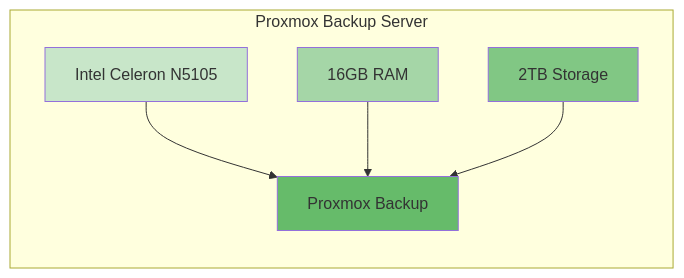
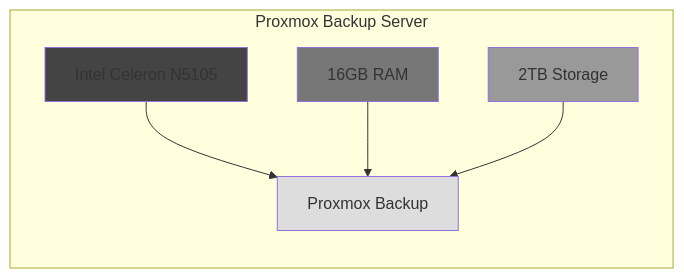
One commit to tom-sapletta-com/proxmox changed the third of 7 diagrams in README.md. Above: the diagram before and after it, drawn with Mermaid. The commit also changed other lines of this file, not shown here.

````diff
--- a/README.md
+++ b/README.md
@@ -104,18 +104,18 @@
 ```mermaid
 graph LR
     subgraph "Proxmox Backup Server"
         CPU2[Intel Celeron N5105]
         RAM2[16GB RAM]
         STORAGE[2TB Storage]
         PBS[Proxmox Backup]
     end
     
     CPU2 --> PBS
     RAM2 --> PBS
     STORAGE --> PBS
     
-    style CPU2 fill:#c8e6c9
-    style RAM2 fill:#a5d6a7
-    style STORAGE fill:#81c784
-    style PBS fill:#66bb6a
+    style CPU2 fill:#444444
+    style RAM2 fill:#777777
+    style STORAGE fill:#999999
+    style PBS fill:#dddddd
 ```
````
